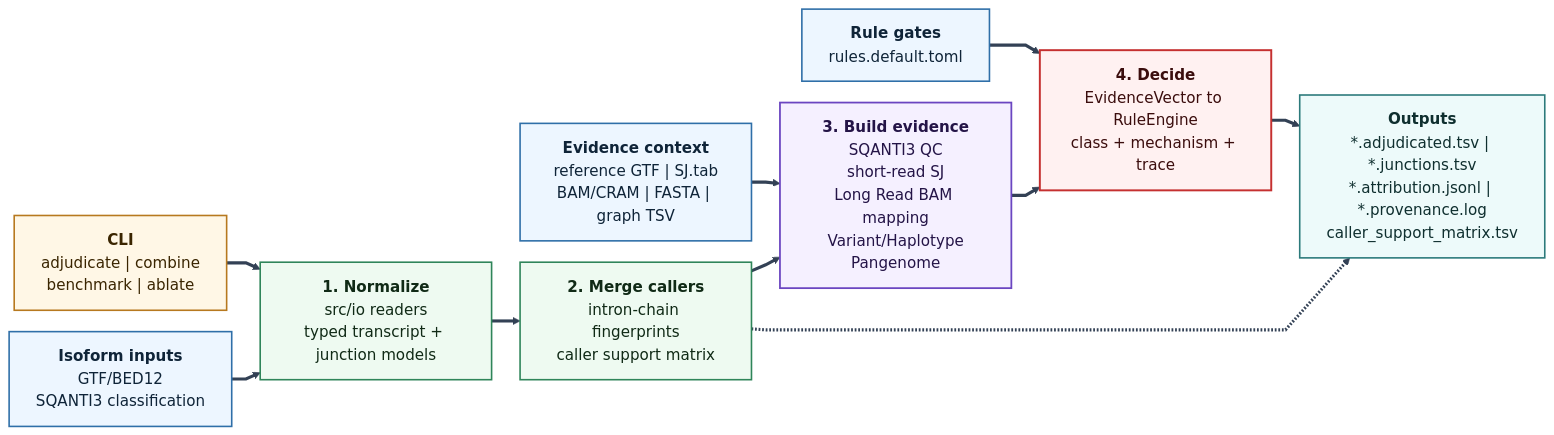
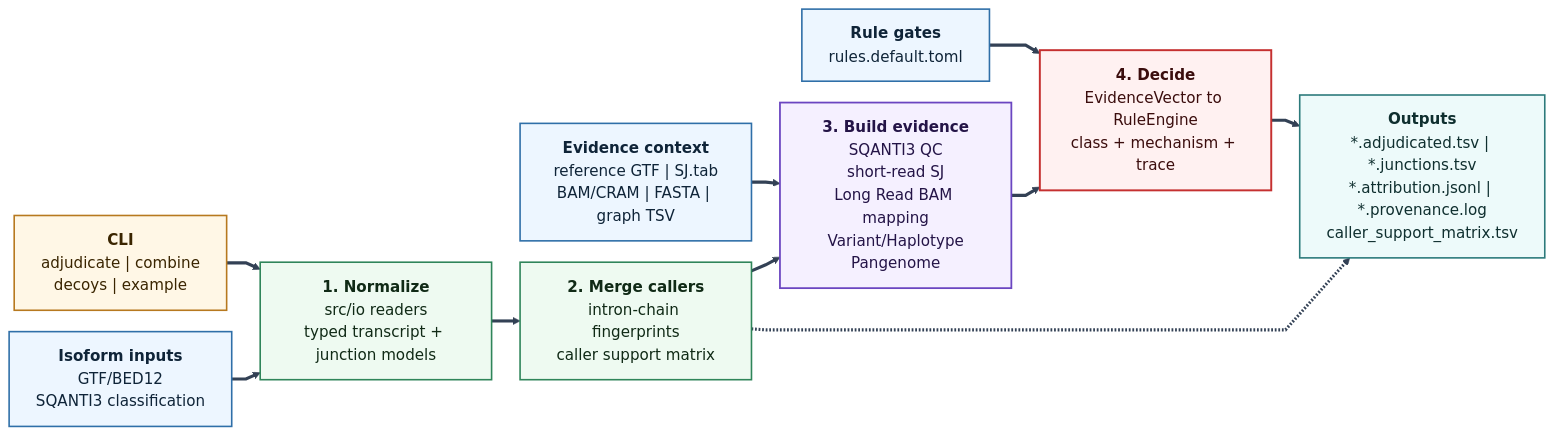
One commit to jibeomko/PanIsoGuard changed the diagram in docs/architecture.md. Above: the diagram before and after it, drawn with Mermaid. The commit also changed other lines of this file and 86 other files, not shown here.

Commit message:
Keep only the adjudicator: drop the PDF report tool, the Snakefile, benchmark/ablate and the use_* switches, --hash-inputs, the interval index (and cgranges), the gbwtgraph option, the soft-clip gate, graph_trace/bio_flags and the pre-0.0.6 native-id join; verdicts unchanged

````diff
--- a/docs/architecture.md
+++ b/docs/architecture.md
@@ -14,39 +14,39 @@
 ```mermaid
 %%{init: {"theme": "base", "themeCSS": "svg { background: #ffffff; }", "themeVariables": {"background": "#ffffff", "mainBkg": "#ffffff", "fontSize": "17px", "fontFamily": "Arial, sans-serif", "primaryTextColor": "#111827", "lineColor": "#334155", "arrowheadColor": "#334155"}, "flowchart": {"htmlLabels": true, "curve": "linear", "nodeSpacing": 24, "rankSpacing": 32}}}%%
 flowchart LR
-  CLI["<b>CLI</b><br/>adjudicate | combine<br/>benchmark | ablate"]
+  CLI["<b>CLI</b><br/>adjudicate | combine<br/>decoys | example"]
   Iso["<b>Isoform inputs</b><br/>GTF/BED12<br/>SQANTI3 classification"]
   Context["<b>Evidence context</b><br/>reference GTF | SJ.tab<br/>BAM/CRAM | FASTA | graph TSV"]
   Rules["<b>Rule gates</b><br/>rules.default.toml"]
 
   Normalize["<b>1. Normalize</b><br/>src/io readers<br/>typed transcript + junction models"]
   Consensus["<b>2. Merge callers</b><br/>intron-chain fingerprints<br/>caller support matrix"]
   Evidence["<b>3. Build evidence</b><br/>SQANTI3 QC<br/>short‑read SJ<br/>Long Read BAM mapping<br/>Variant/Haplotype<br/>Pangenome"]
   Decide["<b>4. Decide</b><br/>EvidenceVector to RuleEngine<br/>class + mechanism + trace"]
   Outputs["<b>Outputs</b><br/>*.adjudicated.tsv | *.junctions.tsv<br/>*.attribution.jsonl | *.provenance.log<br/>caller_support_matrix.tsv"]
 
   CLI --> Normalize
   Iso --> Normalize
   Normalize --> Consensus
   Consensus --> Evidence
   Evidence --> Decide
   Decide --> Outputs
   Context --> Evidence
   Rules --> Decide
   Consensus -.-> Outputs
 
   classDef command fill:#fff7e6,stroke:#b7791f,stroke-width:1.8px,color:#3a2500,font-size:17px;
   classDef input fill:#edf6ff,stroke:#2f6fa8,stroke-width:1.8px,color:#0f2438,font-size:17px;
   classDef process fill:#eefaf1,stroke:#2f855a,stroke-width:1.8px,color:#102a16,font-size:17px;
   classDef evidence fill:#f5f0ff,stroke:#6b46c1,stroke-width:2px,color:#241447,font-size:17px;
   classDef decision fill:#fff1f1,stroke:#c53030,stroke-width:2.2px,color:#3b0d0d,font-size:17px;
   classDef output fill:#edfafa,stroke:#2c7a7b,stroke-width:1.8px,color:#0f2f2f,font-size:17px;
 
   class CLI command;
   class Iso,Context,Rules input;
   class Normalize,Consensus process;
   class Evidence evidence;
   class Decide decision;
   class Outputs output;
   linkStyle default stroke:#334155,stroke-width:3.5px;
 ```
````
